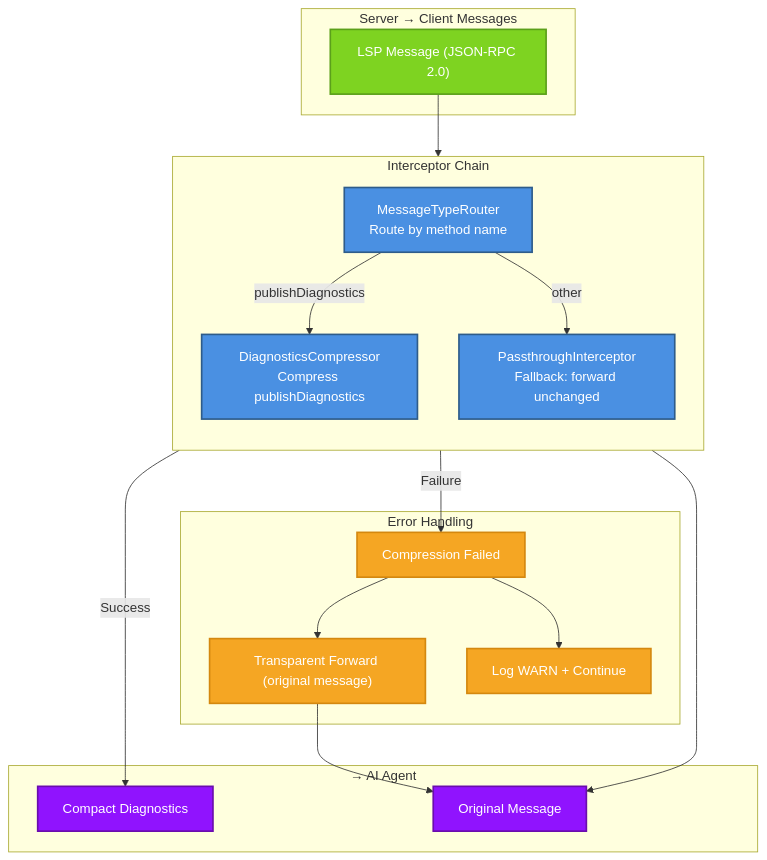
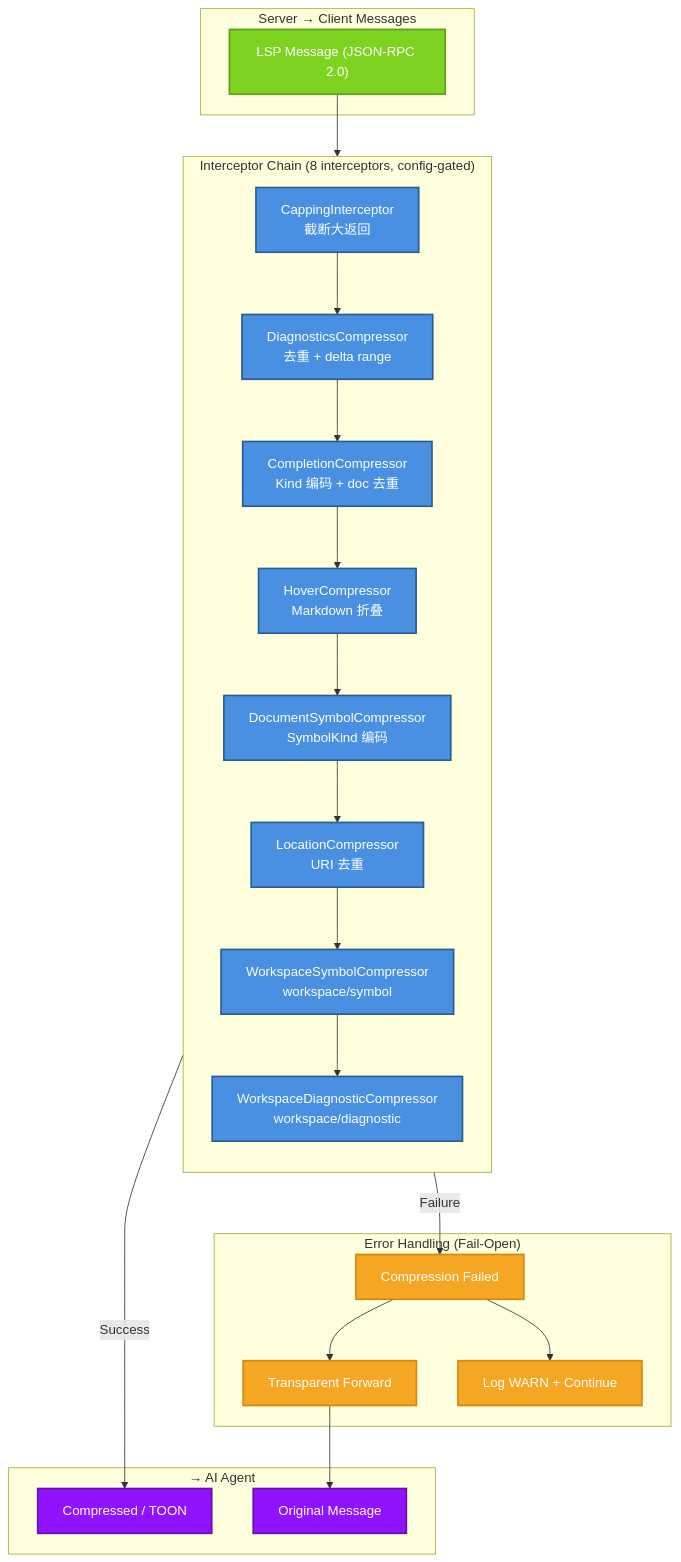
One commit to StrayDragon/lspz changed the fourth of 9 diagrams in docs/specs/001-tri-modal-architecture.md. Above: the diagram before and after it, drawn with Mermaid. The commit also changed other lines of this file and 17 other files, not shown here.

````diff
--- a/docs/specs/001-tri-modal-architecture.md
+++ b/docs/specs/001-tri-modal-architecture.md
@@ -124,45 +124,46 @@
 ```mermaid
 flowchart TB
     subgraph Incoming["Server → Client Messages"]
         MSG["LSP Message (JSON-RPC 2.0)"]
     end
 
-    subgraph Chain["Interceptor Chain"]
+    subgraph Chain["Interceptor Chain (8 interceptors, config-gated)"]
         direction TB
-        D1["MessageTypeRouter<br/>Route by method name"]
-        D2["DiagnosticsCompressor<br/>Compress publishDiagnostics"]
-        D3["PassthroughInterceptor<br/>Fallback: forward unchanged"]
-
-        D1 -->|publishDiagnostics| D2
-        D1 -->|other| D3
+        C["CappingInterceptor<br/>截断大返回"]
+        D["DiagnosticsCompressor<br/>去重 + delta range"]
+        CO["CompletionCompressor<br/>Kind 编码 + doc 去重"]
+        H["HoverCompressor<br/>Markdown 折叠"]
+        S["DocumentSymbolCompressor<br/>SymbolKind 编码"]
+        L["LocationCompressor<br/>URI 去重"]
+        WS["WorkspaceSymbolCompressor<br/>workspace/symbol"]
+        WD["WorkspaceDiagnosticCompressor<br/>workspace/diagnostic"]
     end
 
-    subgraph ErrorPath["Error Handling"]
+    subgraph ErrorPath["Error Handling (Fail-Open)"]
         ERR["Compression Failed"]
-        FALLBACK["Transparent Forward (original message)"]
+        FALLBACK["Transparent Forward"]
         LOG["Log WARN + Continue"]
         ERR --> FALLBACK
         ERR --> LOG
     end
 
     subgraph Outgoing["→ AI Agent"]
-        COMPRESSED["Compact Diagnostics"]
+        COMPRESSED["Compressed / TOON"]
         RAW["Original Message"]
     end
 
-    MSG --> D1
-    D2 -->|Success| COMPRESSED
-    D2 -->|Failure| ERR
-    D3 --> RAW
+    MSG --> C --> D --> CO --> H --> S --> L --> WS --> WD
+    WD -->|Success| COMPRESSED
+    WD -->|Failure| ERR
     FALLBACK --> RAW
 
     classDef incoming fill:#7ED321,stroke:#5BA01A,stroke-width:2px,color:#fff
     classDef chain fill:#4A90E2,stroke:#2E5C8A,stroke-width:2px,color:#fff
     classDef error fill:#F5A623,stroke:#D4880F,stroke-width:2px,color:#fff
     classDef outgoing fill:#9013FE,stroke:#6A0DAD,stroke-width:2px,color:#fff
 
     class MSG incoming
-    class D1,D2,D3 chain
+    class C,D,CO,H,S,L,WS,WD chain
     class ERR,FALLBACK,LOG error
     class COMPRESSED,RAW outgoing
 ```
````
